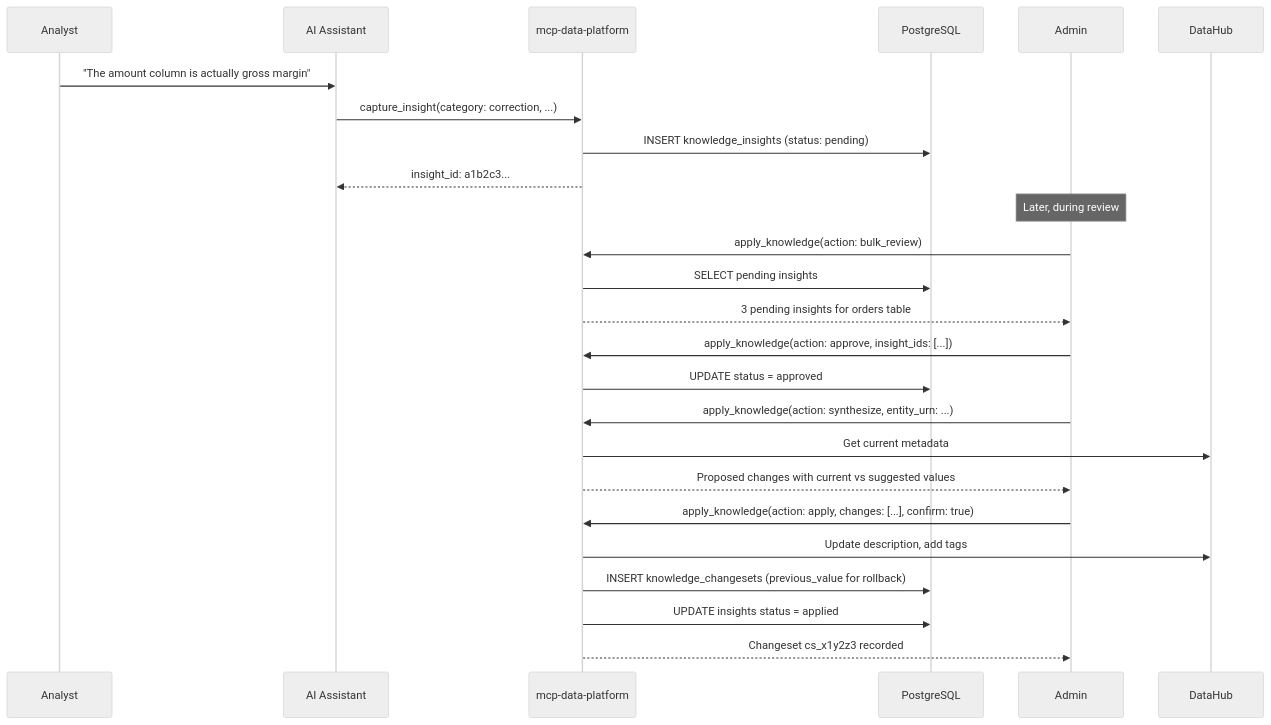
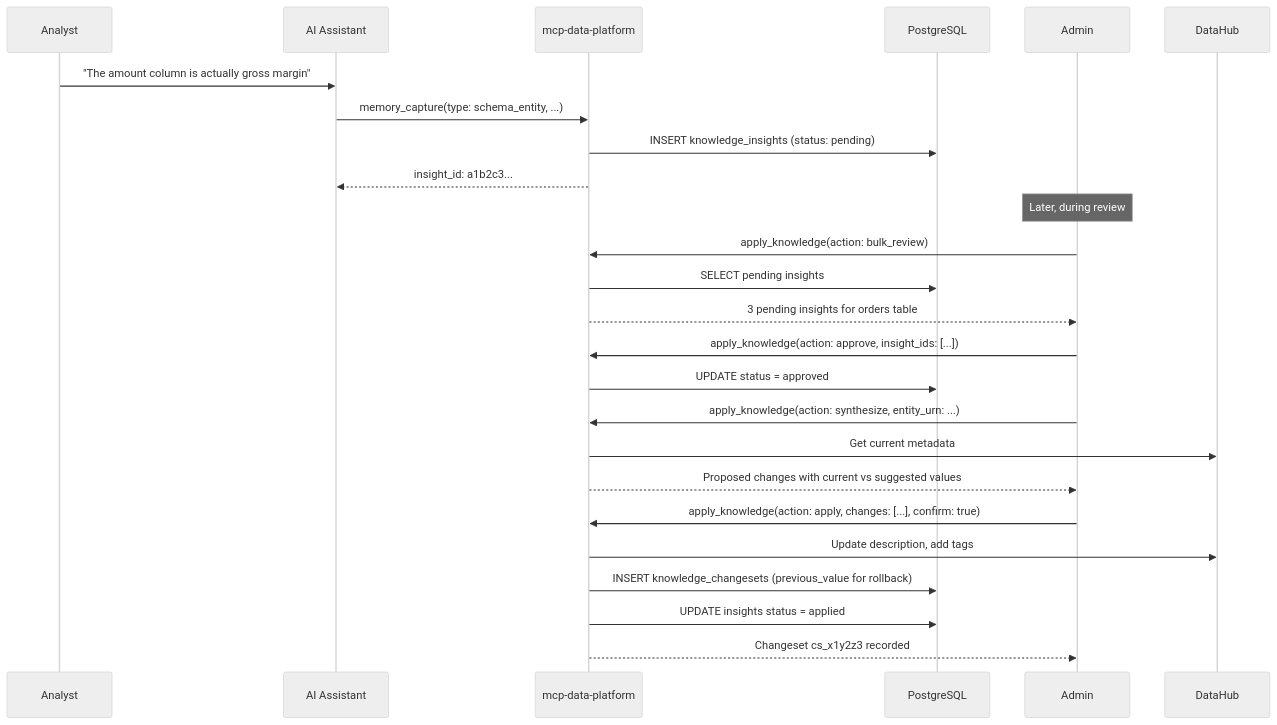
Before and after one commit to txn2/mcp-data-platform: the third of 3 diagrams in docs/knowledge/overview.md, drawn with Mermaid (neutral theme). The commit also changed other lines of this file and 48 other files, not shown here.

````diff
--- a/docs/knowledge/overview.md
+++ b/docs/knowledge/overview.md
@@ -90,32 +90,32 @@
 ```mermaid
 sequenceDiagram
     participant Analyst
     participant AI as AI Assistant
     participant MCP as mcp-data-platform
     participant PG as PostgreSQL
     participant Admin
     participant DH as DataHub
 
     Analyst->>AI: "The amount column is actually gross margin"
-    AI->>MCP: capture_insight(category: correction, ...)
+    AI->>MCP: memory_capture(type: schema_entity, ...)
     MCP->>PG: INSERT knowledge_insights (status: pending)
     MCP-->>AI: insight_id: a1b2c3...
 
     Note over Admin: Later, during review
     Admin->>MCP: apply_knowledge(action: bulk_review)
     MCP->>PG: SELECT pending insights
     MCP-->>Admin: 3 pending insights for orders table
 
     Admin->>MCP: apply_knowledge(action: approve, insight_ids: [...])
     MCP->>PG: UPDATE status = approved
 
     Admin->>MCP: apply_knowledge(action: synthesize, entity_urn: ...)
     MCP->>DH: Get current metadata
     MCP-->>Admin: Proposed changes with current vs suggested values
 
     Admin->>MCP: apply_knowledge(action: apply, changes: [...], confirm: true)
     MCP->>DH: Update description, add tags
     MCP->>PG: INSERT knowledge_changesets (previous_value for rollback)
     MCP->>PG: UPDATE insights status = applied
     MCP-->>Admin: Changeset cs_x1y2z3 recorded
 ```
````
